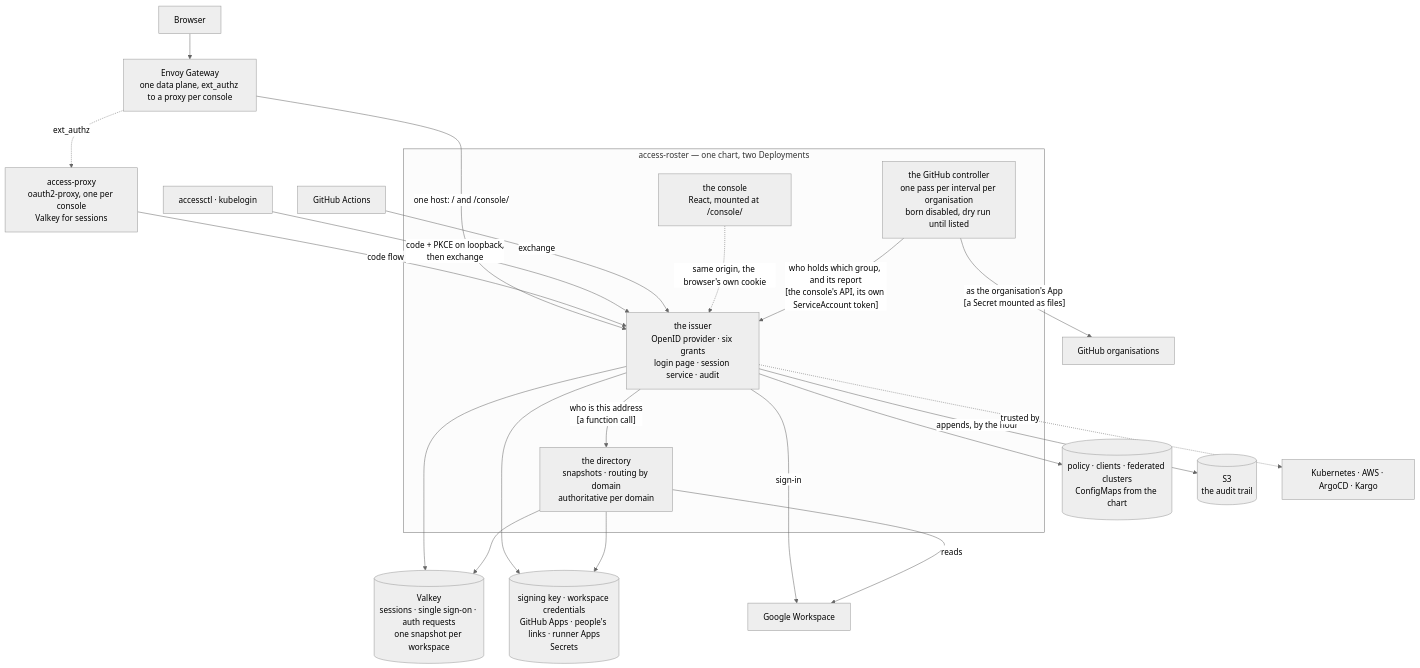
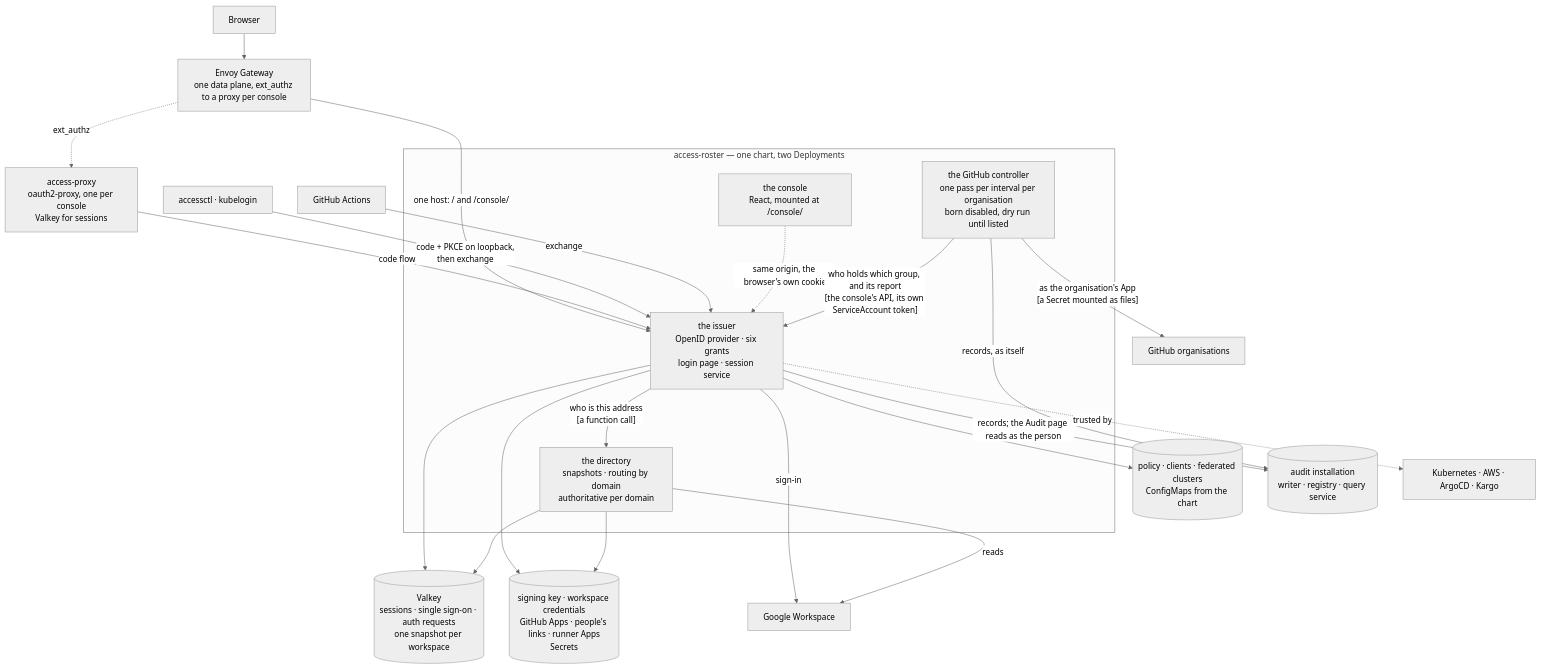
The second of 2 diagrams in docs/architecture.md (truvity/access-roster), drawn with Mermaid (neutral theme) before and after one commit. The commit also changed other lines of this file and 127 other files, not shown here.

````diff
--- a/docs/architecture.md
+++ b/docs/architecture.md
@@ -64,45 +65,46 @@
 ```mermaid
 flowchart TB
   browser["Browser"]
   cli["accessctl · kubelogin"]
   ci["GitHub Actions"]
   gw["Envoy Gateway<br/>one data plane, ext_authz to a proxy per console"]
 
   subgraph ar["access-roster — one chart, two Deployments"]
-    issuer["the issuer<br/>OpenID provider · six grants<br/>login page · session service · audit"]
+    issuer["the issuer<br/>OpenID provider · six grants<br/>login page · session service"]
     dir["the directory<br/>snapshots · routing by domain<br/>authoritative per domain"]
     con["the console<br/>React, mounted at /console/"]
     ctl["the GitHub controller<br/>one pass per interval per organisation<br/>born disabled, dry run until listed"]
   end
 
   vk[("Valkey<br/>sessions · single sign-on · auth requests<br/>one snapshot per workspace")]
   cfg[("policy · clients · federated clusters<br/>ConfigMaps from the chart")]
   sec[("signing key · workspace credentials<br/>GitHub Apps · people's links · runner Apps<br/>Secrets")]
-  s3[("S3<br/>the audit trail")]
+  s3[("audit installation<br/>writer · registry · query service")]
 
   proxy["access-proxy<br/>oauth2-proxy, one per console<br/>Valkey for sessions"]
   idp["Google Workspace"]
   rp["Kubernetes · AWS · ArgoCD · Kargo"]
   gho["GitHub organisations"]
 
   browser --> gw
   gw -- "one host: / and /console/" --> issuer
   gw -. "ext_authz" .-> proxy
   proxy -- "code flow" --> issuer
   cli -- "code + PKCE on loopback,<br/>then exchange" --> issuer
   ci -- "exchange" --> issuer
 
   issuer -- "who is this address<br/>[a function call]" --> dir
   issuer --> vk
   issuer --> cfg
   issuer --> sec
   issuer -- "sign-in" --> idp
-  issuer -- "appends, by the hour" --> s3
+  issuer -- "records; the Audit page reads as the person" --> s3
+  ctl -- "records, as itself" --> s3
   dir --> vk
   dir --> sec
   dir -- "reads" --> idp
   con -. "same origin, the browser's own cookie" .-> issuer
   ctl -- "who holds which group, and its report<br/>[the console's API, its own ServiceAccount token]" --> issuer
   ctl -- "as the organisation's App<br/>[a Secret mounted as files]" --> gho
   issuer -. "trusted by" .-> rp
 ```
````
